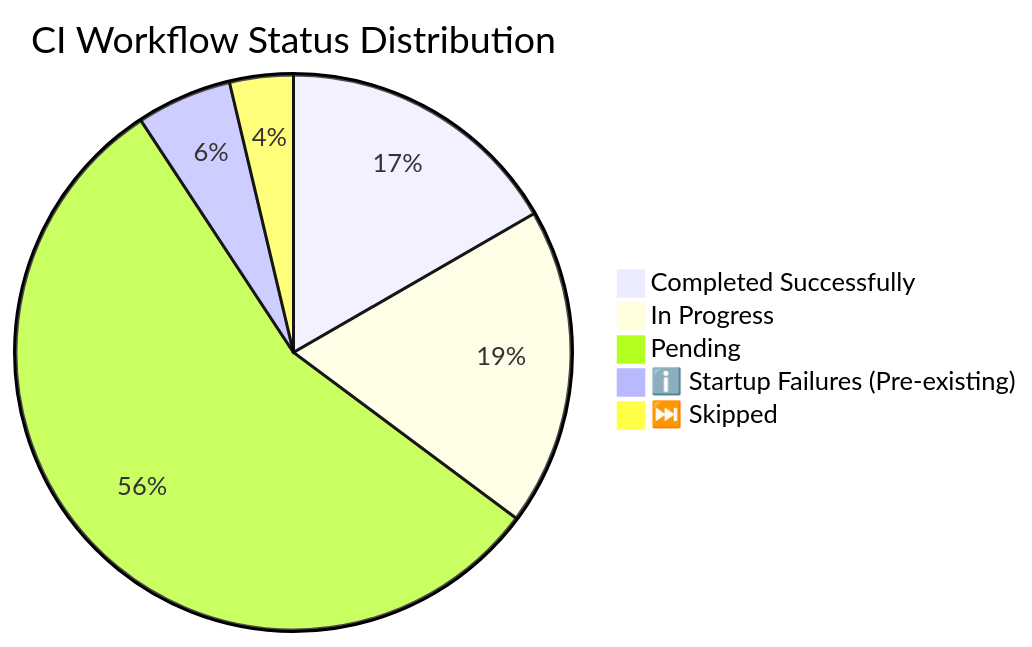
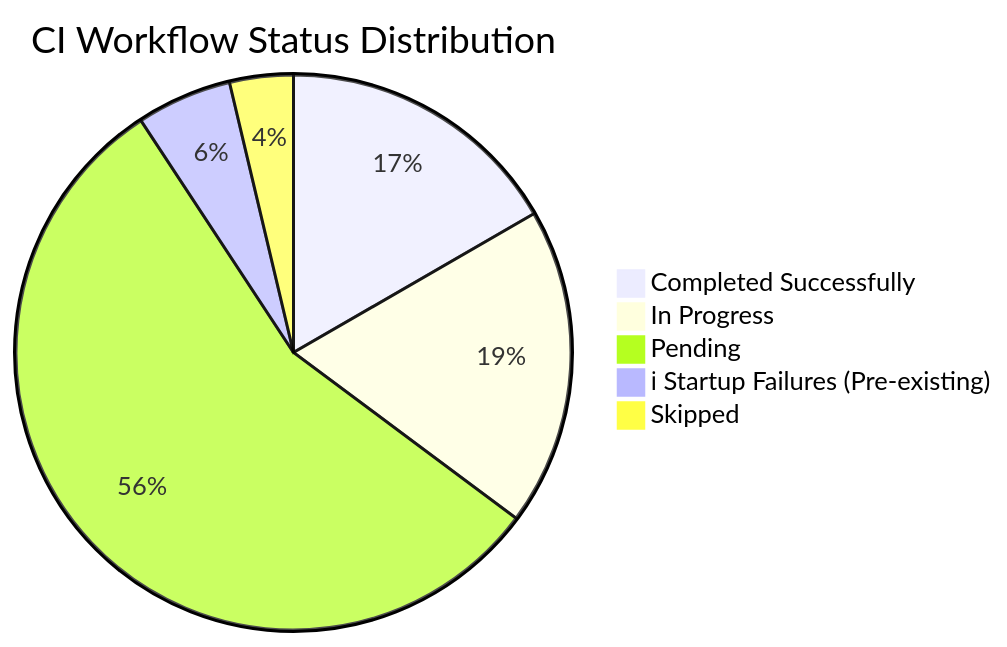
The second of 4 diagrams in docs/roadmap/PR4366_whats_next.md (Aries-Serpent/_codex_), drawn with Mermaid before and after one commit. The commit also changed other lines of this file and 4117 other files, not shown here.

````diff
--- a/docs/roadmap/PR4366_whats_next.md
+++ b/docs/roadmap/PR4366_whats_next.md
@@ -210,9 +220,10 @@
 ```mermaid
 %%{init: {'accessibility': {'title': 'Pie Chart'}}%%
+
 pie title CI Workflow Status Distribution
-    " Completed Successfully" : 9
-    " In Progress" : 10
-    " Pending" : 30
-    "ℹ️ Startup Failures (Pre-existing)" : 3
-    "⏭️ Skipped" : 2
+ " Completed Successfully" : 9
+ " In Progress" : 10
+ " Pending" : 30
+ "ℹ Startup Failures (Pre-existing)" : 3
+ " Skipped" : 2
 ```
````
